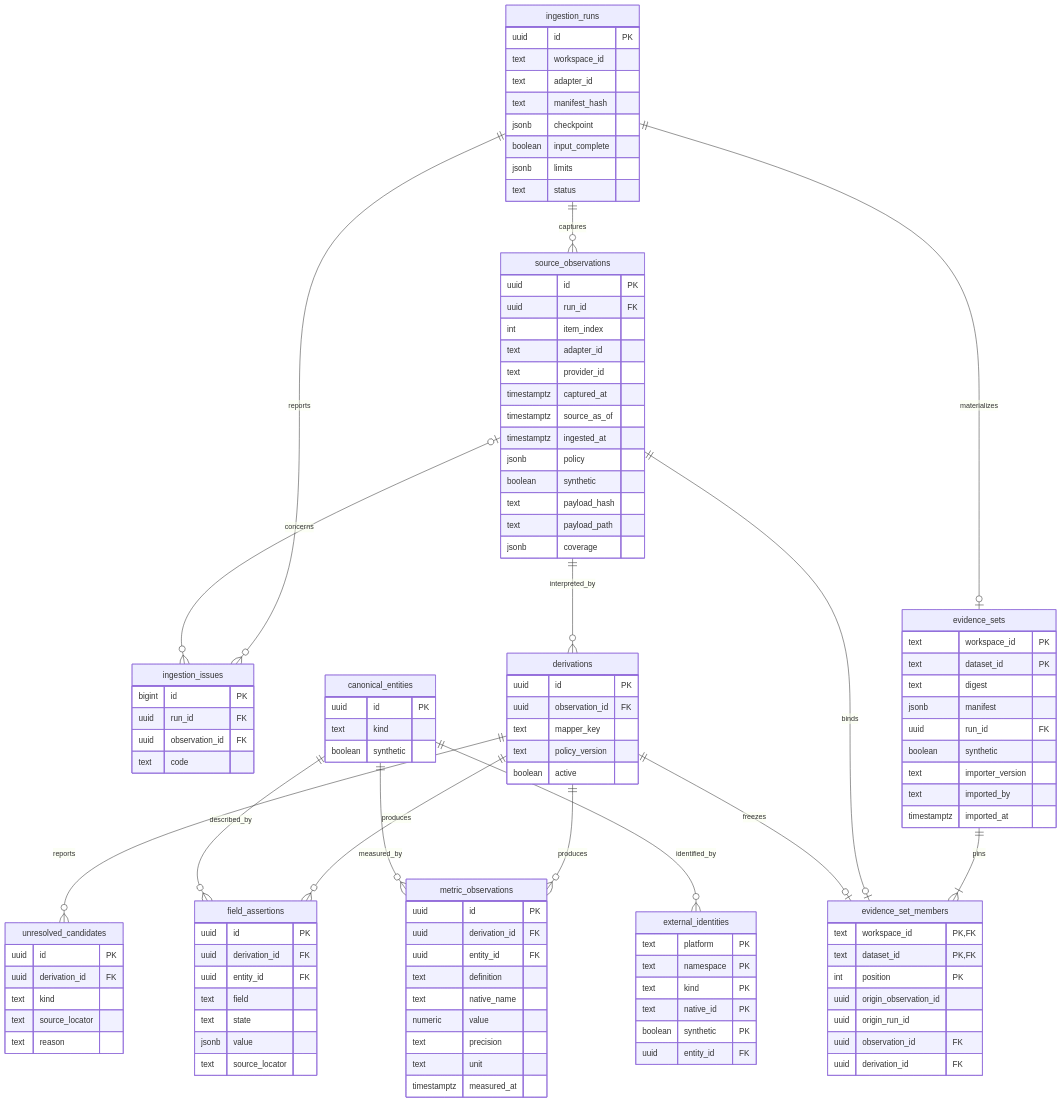
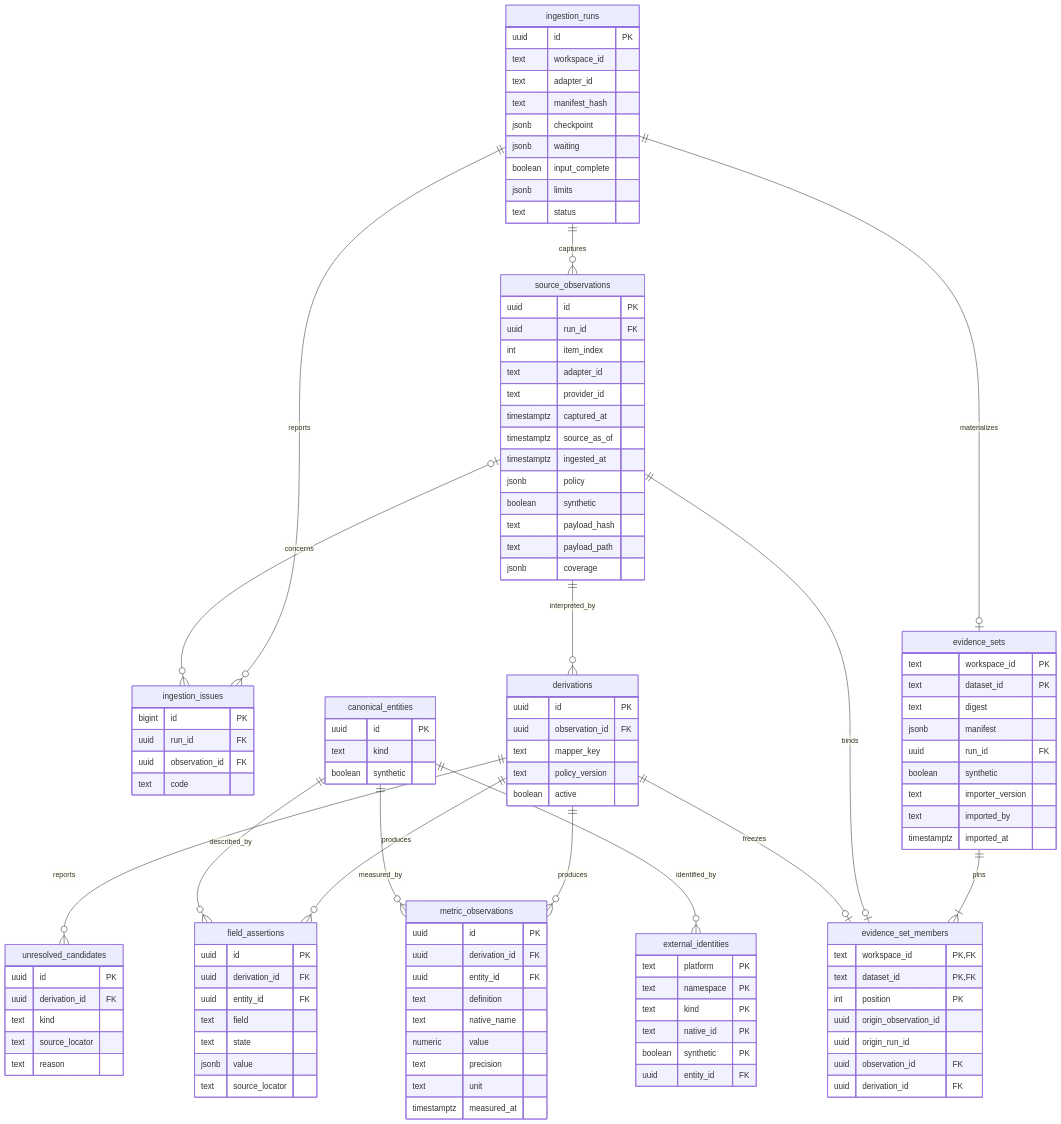
The first of 7 diagrams in docs/data-model.md (jinroylee/social-marketing-intelligence), drawn with Mermaid before and after one commit. The commit also changed other lines of this file and 26 other files, not shown here.

```diff
--- a/docs/data-model.md
+++ b/docs/data-model.md
@@ -27,6 +27,7 @@
         text adapter_id
         text manifest_hash
         jsonb checkpoint
+        jsonb waiting
         boolean input_complete
         jsonb limits
         text status
```
